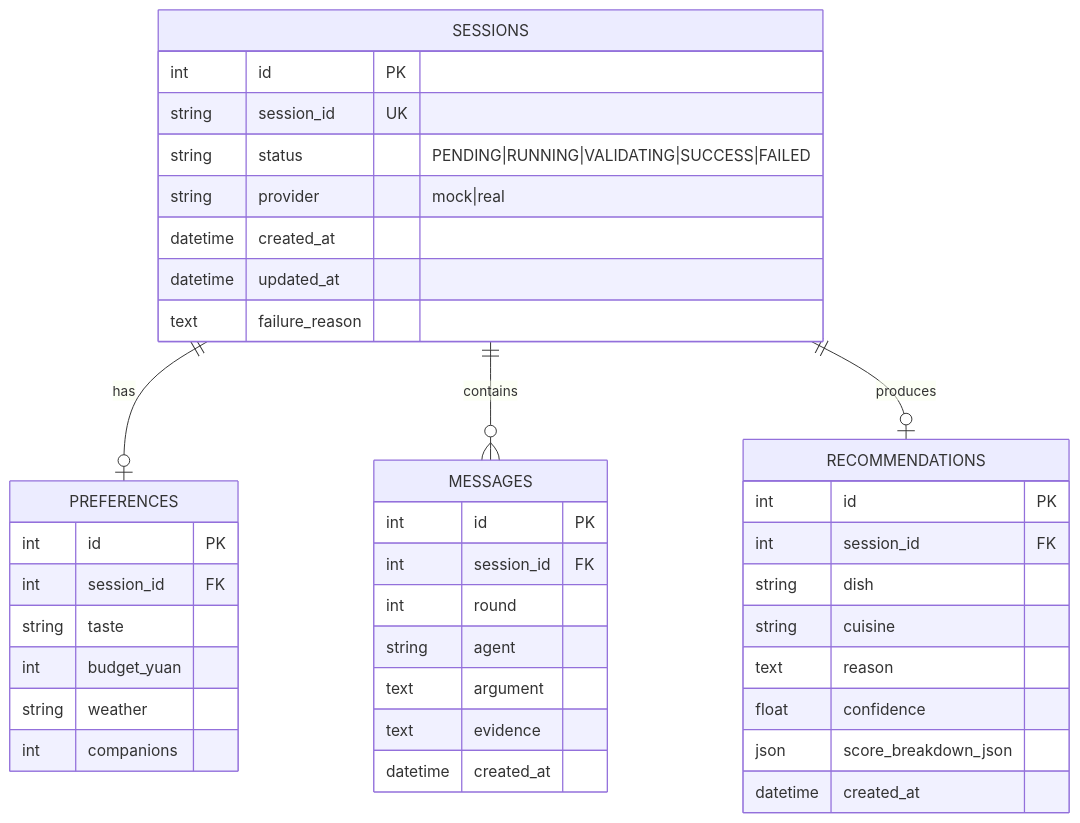
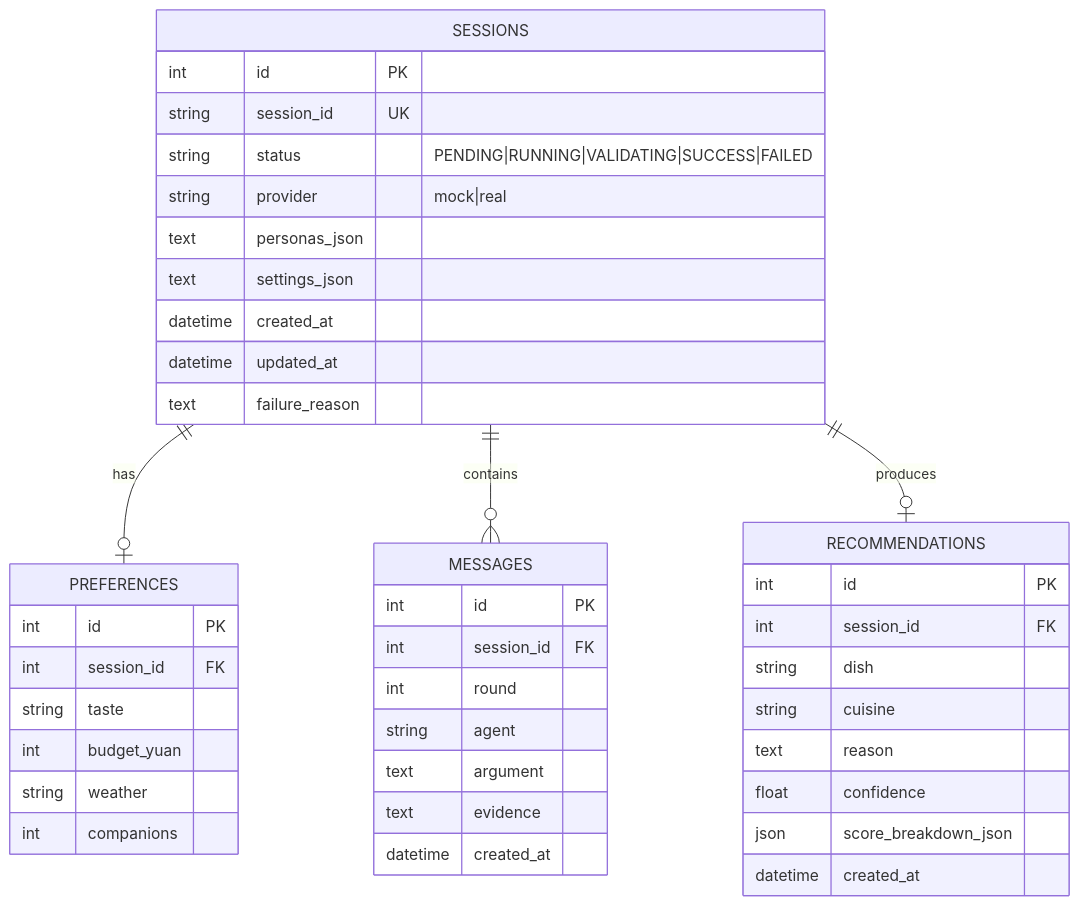
The fourth of 6 diagrams in docs/system_design.md (2467999639-zz/foodarena-ai), drawn with Mermaid before and after one commit. The commit also changed other lines of this file and 4 other files, not shown here.

First line of the commit message:
docs: add architecture and Sprint reports

````diff
--- a/docs/system_design.md
+++ b/docs/system_design.md
@@ -124,46 +142,48 @@
 ```mermaid
 erDiagram
     SESSIONS ||--o| PREFERENCES : has
     SESSIONS ||--o{ MESSAGES : contains
     SESSIONS ||--o| RECOMMENDATIONS : produces
 
     SESSIONS {
         int id PK
         string session_id UK
         string status "PENDING|RUNNING|VALIDATING|SUCCESS|FAILED"
         string provider "mock|real"
+        text personas_json
+        text settings_json
         datetime created_at
         datetime updated_at
         text failure_reason
     }
 
     PREFERENCES {
         int id PK
         int session_id FK
         string taste
         int budget_yuan
         string weather
         int companions
     }
 
     MESSAGES {
         int id PK
         int session_id FK
         int round
         string agent
         text argument
         text evidence
         datetime created_at
     }
 
     RECOMMENDATIONS {
         int id PK
         int session_id FK
         string dish
         string cuisine
         text reason
         float confidence
         json score_breakdown_json
         datetime created_at
     }
 ```
````
